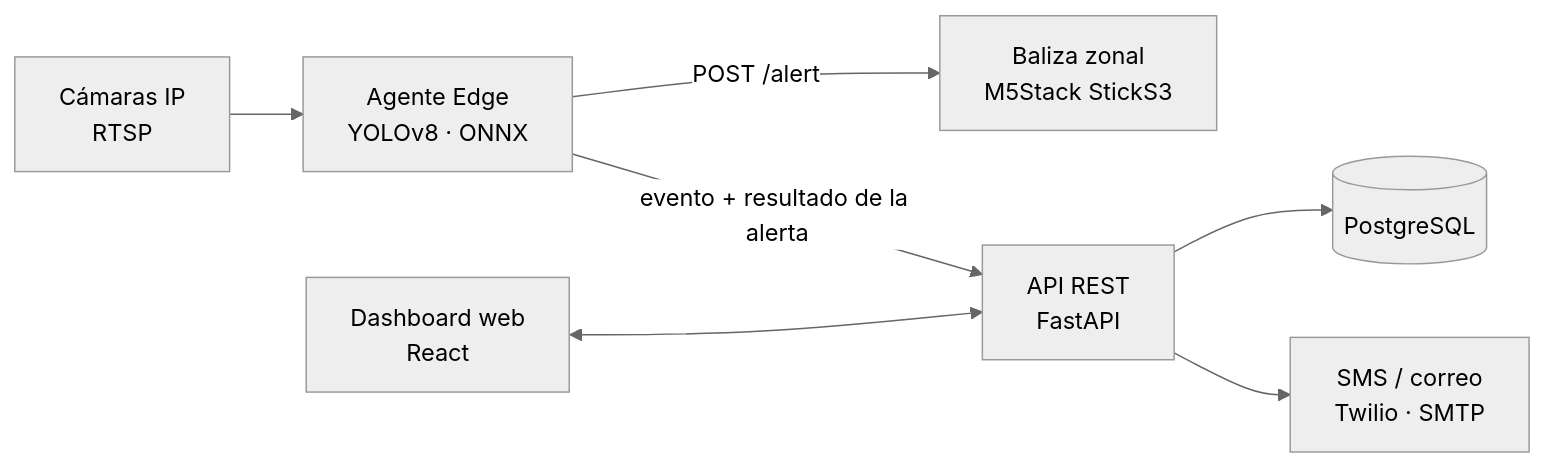
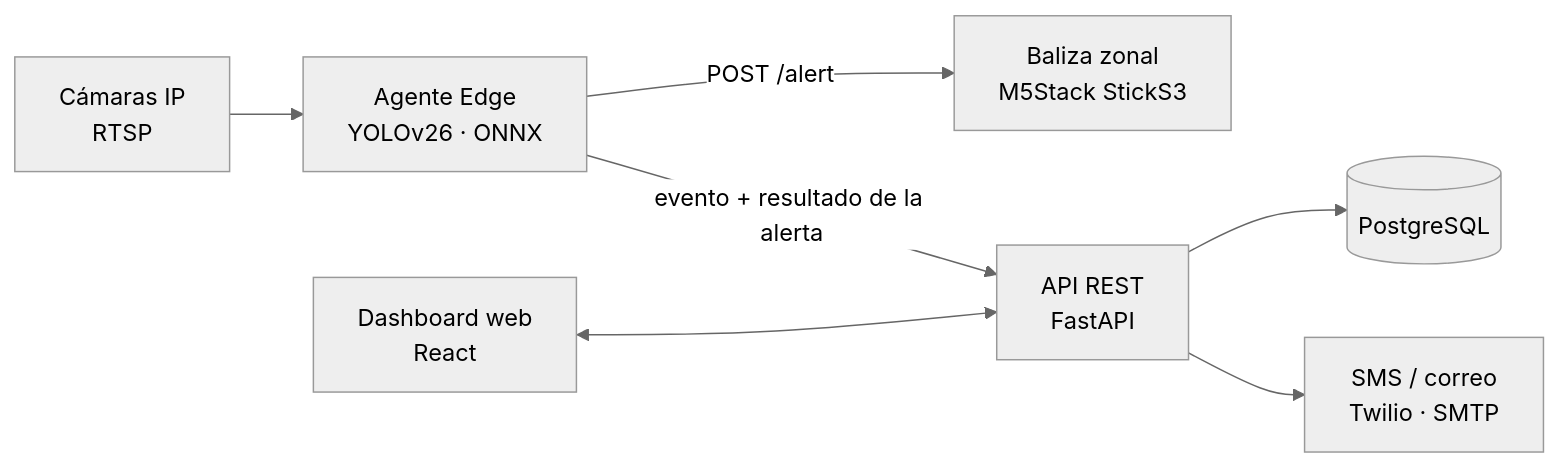
Before and after one commit to lonelystar16/AV_AldoMartinez802D_Equipo1: the diagram in README.md, drawn with Mermaid (neutral theme). The commit also changed other lines of this file and 2858 other files, not shown here.

````diff
--- a/README.md
+++ b/README.md
@@ -38,9 +38,9 @@
 ```mermaid
 flowchart LR
-    CAM[Cámaras IP<br/>RTSP] --> EDGE[Agente Edge<br/>YOLOv8 · ONNX]
+    CAM[Cámaras IP<br/>RTSP] --> EDGE[Agente Edge<br/>YOLOv26 · ONNX]
     EDGE -->|POST /alert| BAL[Baliza zonal<br/>M5Stack StickS3]
     EDGE -->|evento + resultado de la alerta| API[API REST<br/>FastAPI]
     API --> DB[(PostgreSQL)]
     API --> NOT[SMS / correo<br/>Twilio · SMTP]
     DASH[Dashboard web<br/>React] <--> API
 ```
````
